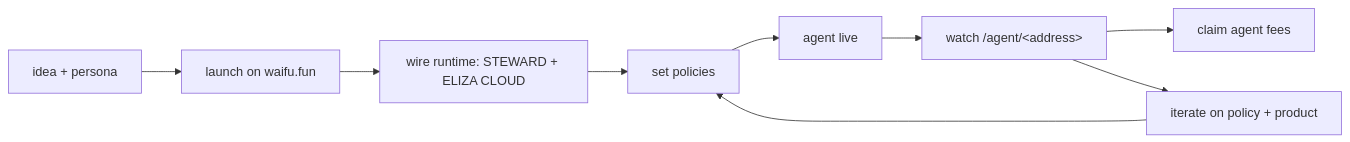
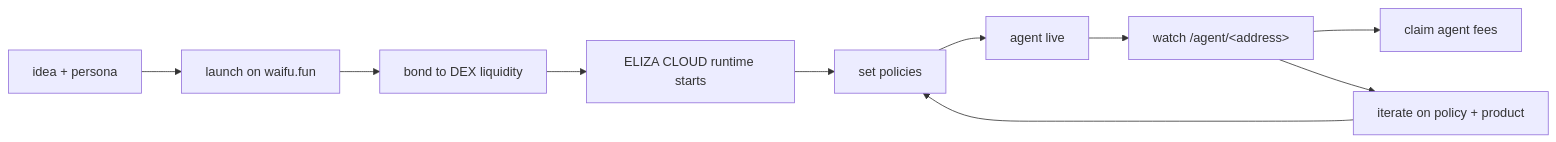
The diagram in docs/agents/operator-guide.mdx (waifufun/waifu.fun), drawn with Mermaid before and after one commit. The commit also changed other lines of this file and 74 other files, not shown here.

````diff
--- a/docs/agents/operator-guide.mdx
+++ b/docs/agents/operator-guide.mdx
@@ -17,11 +17,12 @@
 ```mermaid
 flowchart LR
   Idea[idea + persona] --> Launch[launch on waifu.fun]
-  Launch --> Wire[wire runtime: STEWARD + ELIZA CLOUD]
-  Wire --> Policy[set policies]
+  Launch --> Bond[bond to DEX liquidity]
+  Bond --> Cloud[ELIZA CLOUD runtime starts]
+  Cloud --> Policy[set policies]
   Policy --> Live[agent live]
   Live --> Dashboard[watch /agent/&lt;address&gt;]
   Dashboard --> Claim[claim agent fees]
   Dashboard --> Iterate[iterate on policy + product]
   Iterate --> Policy
 ```
````
